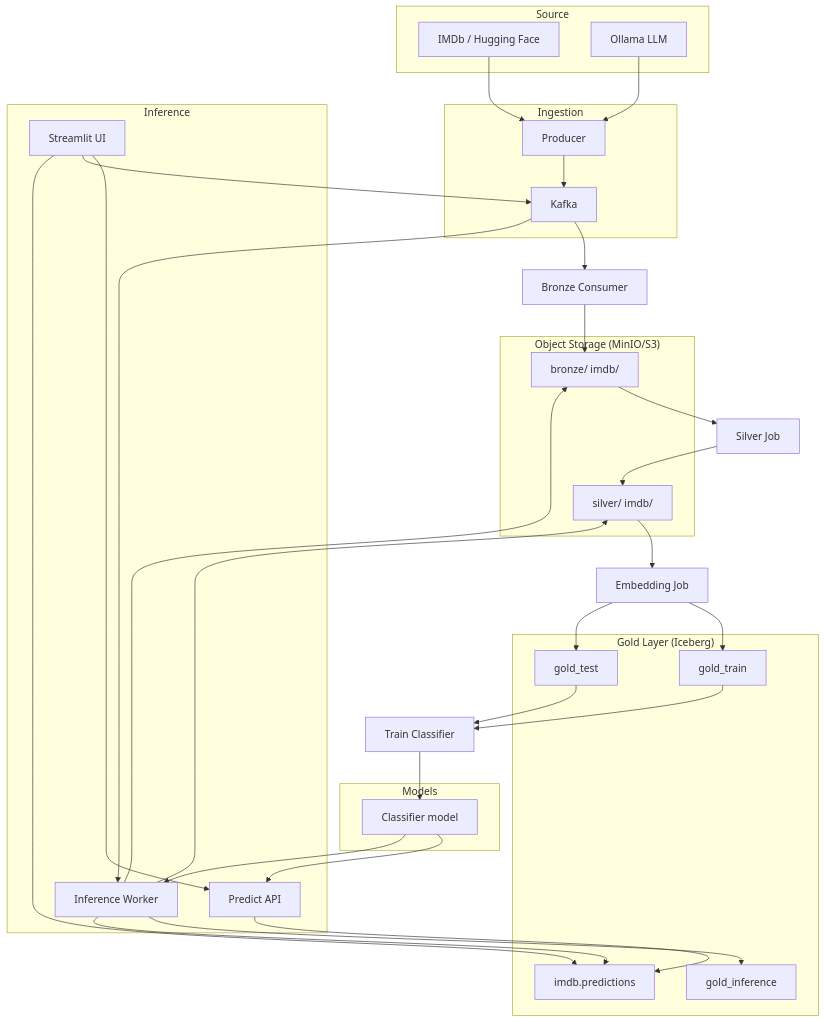
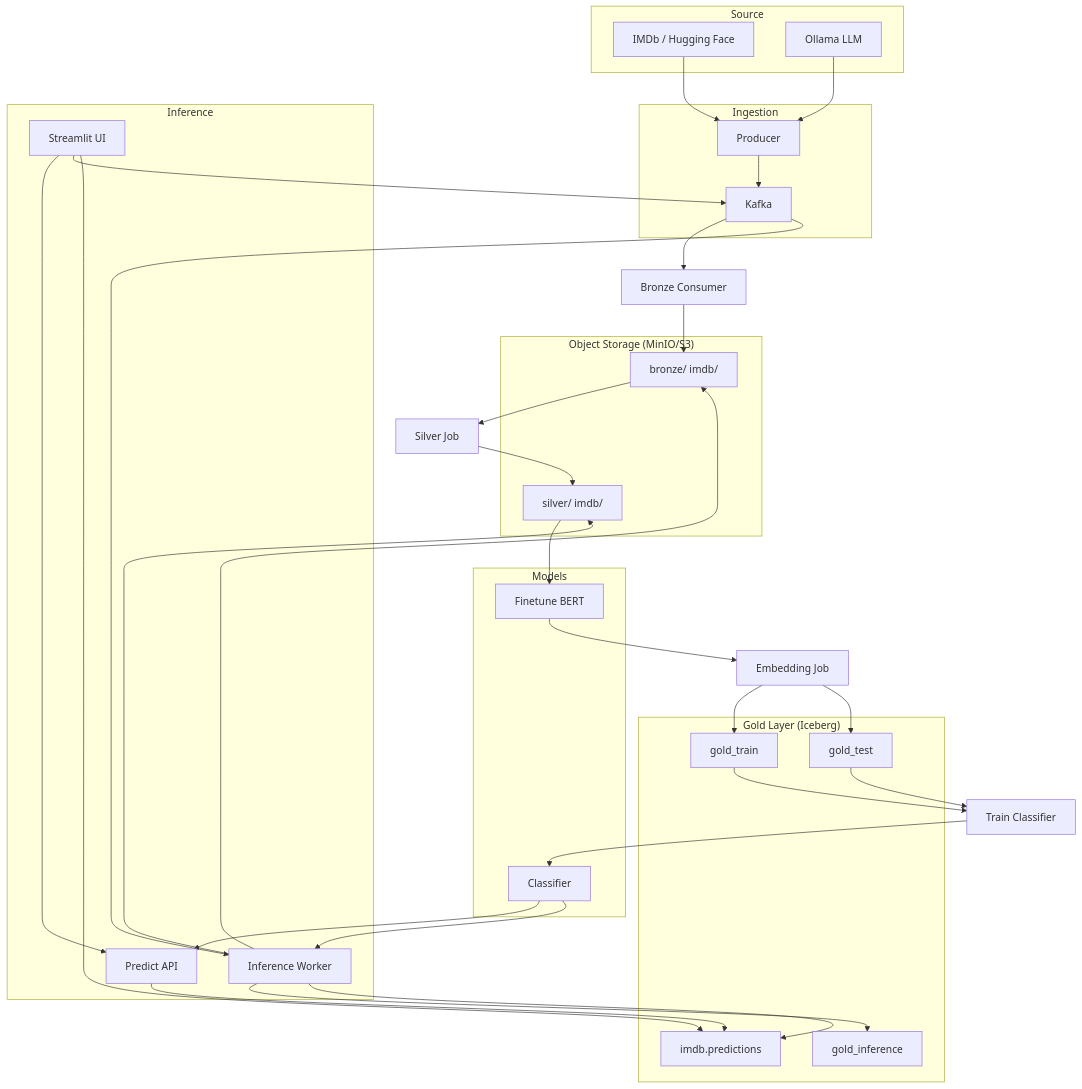
The diagram in README.md (dyh1265/text-ml-platform), drawn with Mermaid before and after one commit. The commit also changed other lines of this file and 1 other file, not shown here.

````diff
--- a/README.md
+++ b/README.md
@@ -37,61 +38,63 @@
 ```mermaid
 flowchart TB
     subgraph Source
         HF[IMDb / Hugging Face]
         OLL[Ollama LLM]
     end
 
     subgraph Ingestion
         PROD[Producer]
         KAFKA[Kafka]
     end
 
     subgraph Storage["Object Storage (MinIO/S3)"]
         BRONZE[bronze/ imdb/]
         SILVER[silver/ imdb/]
     end
 
     subgraph Gold["Gold Layer (Iceberg)"]
         GT[gold_train]
         GTest[gold_test]
         GInf[gold_inference]
         PRED[imdb.predictions]
     end
 
     subgraph Models
-        CLF[Classifier model]
+        FINETUNE[Finetune BERT]
+        CLF[Classifier]
     end
 
     subgraph Inference
         PREDSVC[Predict API]
         WORKER[Inference Worker]
         UI[Streamlit UI]
     end
 
     HF --> PROD
     OLL --> PROD
     PROD --> KAFKA
     KAFKA --> BC[Bronze Consumer]
     BC --> BRONZE
     BRONZE --> SILVER_JOB[Silver Job]
     SILVER_JOB --> SILVER
-    SILVER --> EMB[Embedding Job]
+    SILVER --> FINETUNE
+    FINETUNE --> EMB[Embedding Job]
     EMB --> GT
     EMB --> GTest
     GT --> TRAIN[Train Classifier]
     GTest --> TRAIN
     TRAIN --> CLF
     CLF --> PREDSVC
     CLF --> WORKER
 
     KAFKA --> WORKER
     WORKER --> BRONZE
     WORKER --> SILVER
     WORKER --> GInf
     WORKER --> PRED
     PREDSVC --> PRED
 
     UI --> PREDSVC
     UI --> KAFKA
     UI --> PRED
 ```
````
